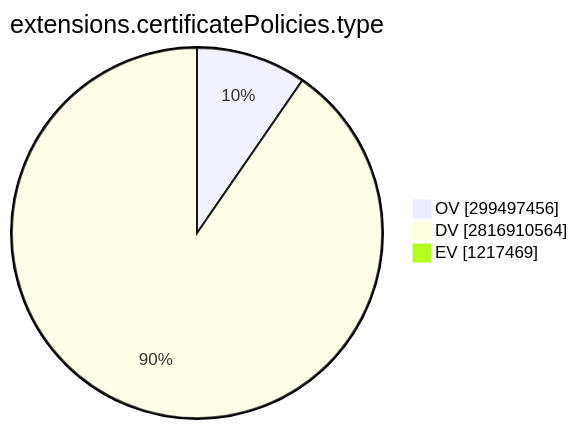
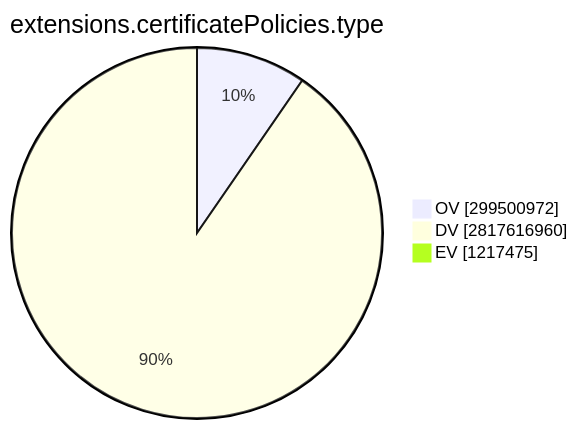
Before and after one commit to christiankrug/ctmonitor_visualization: the ninth of 15 diagrams in TOTAL/README.md, drawn with Mermaid. The commit also changed other lines of this file, not shown here.

````diff
--- a/TOTAL/README.md
+++ b/TOTAL/README.md
@@ -3101,7 +3101,7 @@
 ```mermaid
 pie showData
 title extensions.certificatePolicies.type
-"OV" :299497456
-"DV" :2816910564
-"EV" :1217469
+"OV" :299500972
+"DV" :2817616960
+"EV" :1217475
 ```
````
